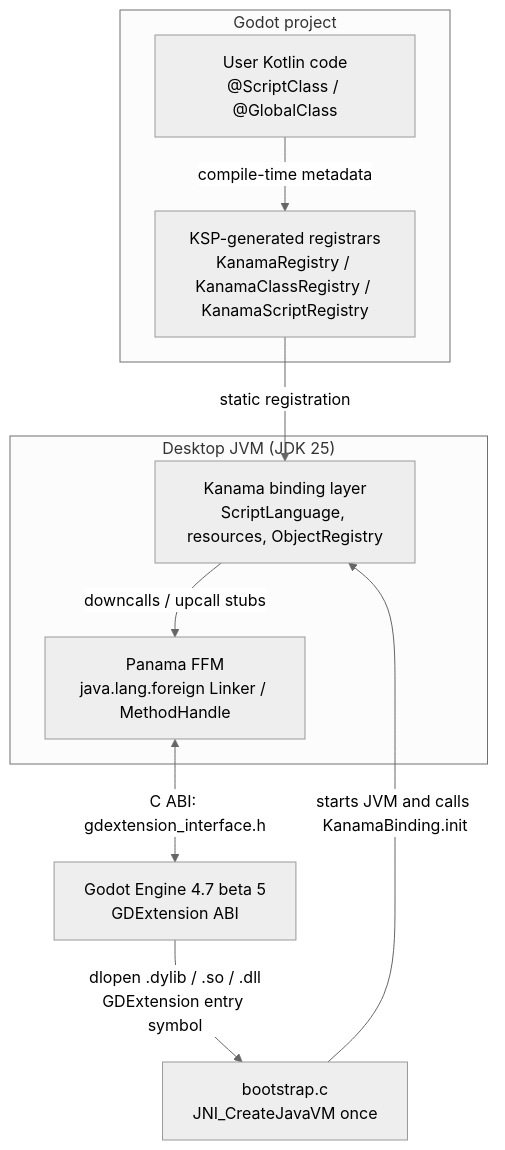
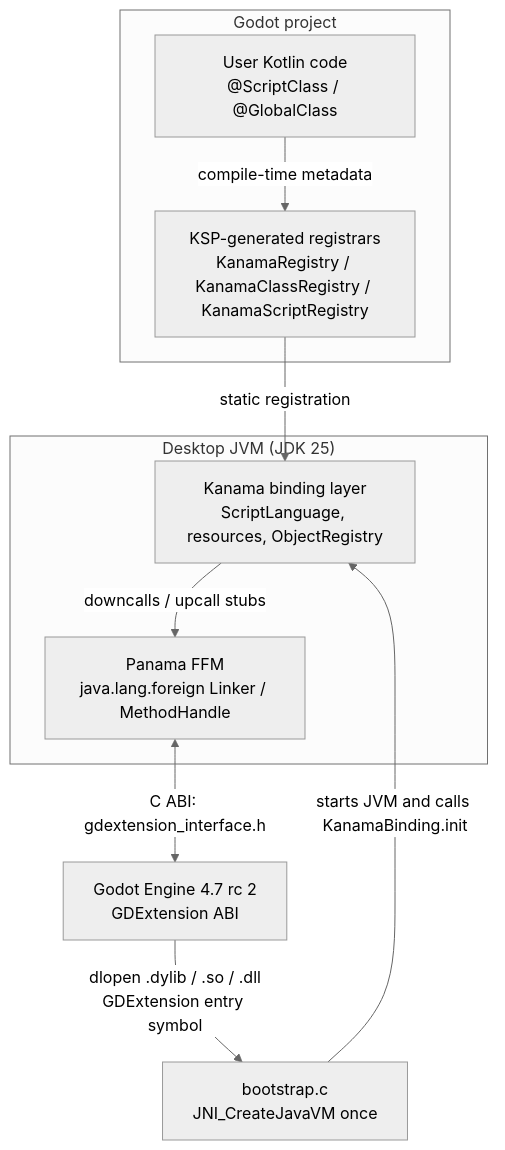
The first of 5 diagrams in docs/contributing/architecture.md (T-bond/kanama), drawn with Mermaid (neutral theme) before and after one commit. The commit also changed other lines of this file and 22 other files, not shown here.

````diff
--- a/docs/contributing/architecture.md
+++ b/docs/contributing/architecture.md
@@ -14,22 +20,22 @@
 ```mermaid
 flowchart TB
     subgraph PROJECT["Godot project"]
         USER["User Kotlin code<br/>@ScriptClass / @GlobalClass"]
         KSP["KSP-generated registrars<br/>KanamaRegistry / KanamaClassRegistry / KanamaScriptRegistry"]
     end
 
     subgraph JVM["Desktop JVM (JDK 25)"]
         BINDING["Kanama binding layer<br/>ScriptLanguage, resources, ObjectRegistry"]
         FFM["Panama FFM<br/>java.lang.foreign Linker / MethodHandle"]
     end
 
     BOOT["bootstrap.c<br/>JNI_CreateJavaVM once"]
-    GODOT["Godot Engine 4.7 beta 5<br/>GDExtension ABI"]
+    GODOT["Godot Engine 4.7 rc 2<br/>GDExtension ABI"]
 
     USER -->|"compile-time metadata"| KSP
     KSP -->|"static registration"| BINDING
     GODOT -->|"dlopen .dylib / .so / .dll<br/>GDExtension entry symbol"| BOOT
     BOOT -->|"starts JVM and calls KanamaBinding.init"| BINDING
     BINDING -->|"downcalls / upcall stubs"| FFM
     FFM <-->|"C ABI: gdextension_interface.h"| GODOT
 ```
````
